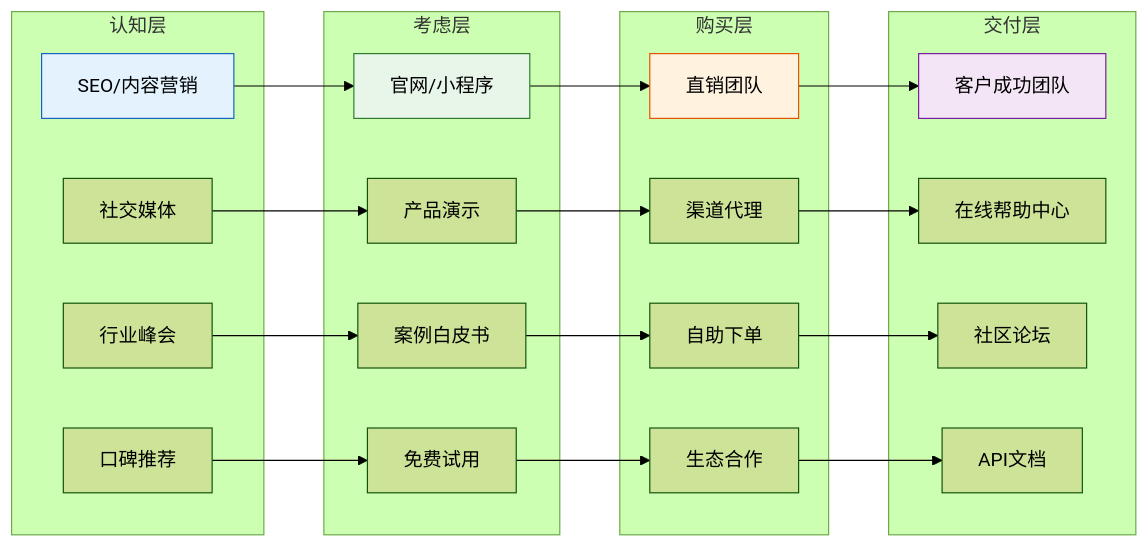
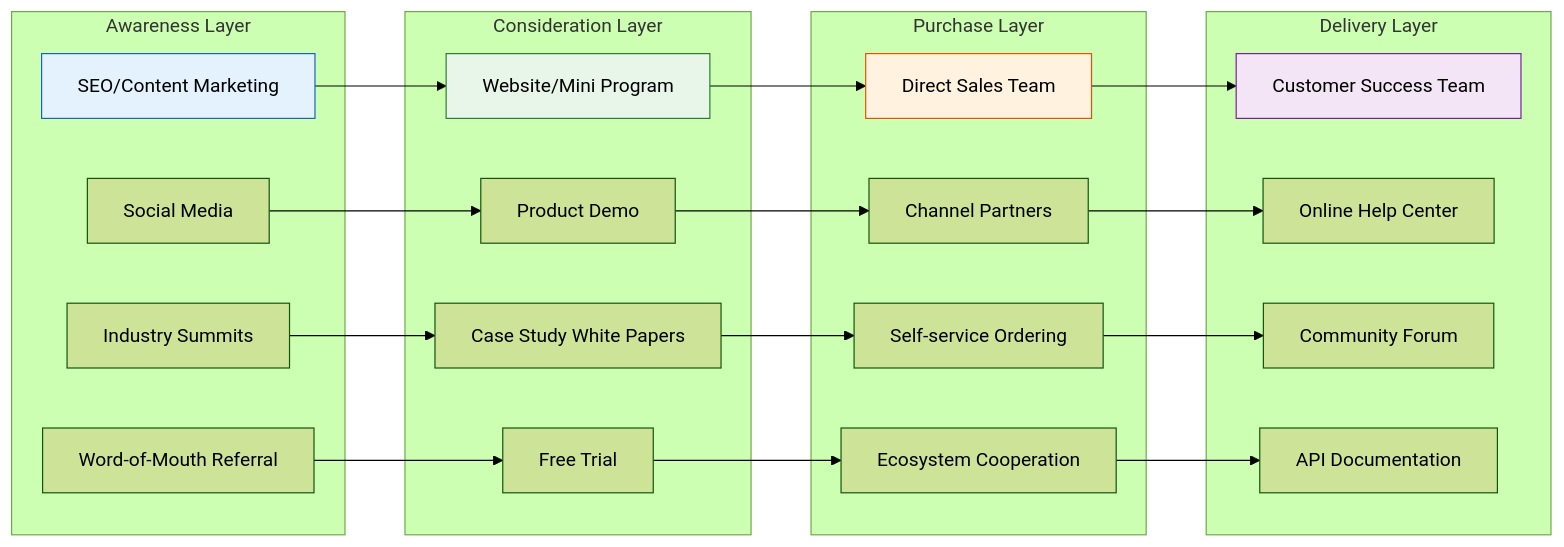
One commit to Kirky-X/cangjie changed the sixth of 15 diagrams in templates/【模板】商业模式文档.md. Above: the diagram before and after it, drawn with Mermaid (forest theme). The commit also changed other lines of this file and 12 other files, not shown here.

````diff
--- a/templates/【模板】商业模式文档.md
+++ b/templates/【模板】商业模式文档.md
@@ -213,48 +213,48 @@
 ```mermaid
 graph LR
-    subgraph 认知层
-        A1[SEO/内容营销]
-        A2[社交媒体]
-        A3[行业峰会]
-        A4[口碑推荐]
+    subgraph Awareness Layer
+        A1[SEO/Content Marketing]
+        A2[Social Media]
+        A3[Industry Summits]
+        A4[Word-of-Mouth Referral]
     end
 
-    subgraph 考虑层
-        B1[官网/小程序]
-        B2[产品演示]
-        B3[案例白皮书]
-        B4[免费试用]
+    subgraph Consideration Layer
+        B1[Website/Mini Program]
+        B2[Product Demo]
+        B3[Case Study White Papers]
+        B4[Free Trial]
     end
 
-    subgraph 购买层
-        C1[直销团队]
-        C2[渠道代理]
-        C3[自助下单]
-        C4[生态合作]
+    subgraph Purchase Layer
+        C1[Direct Sales Team]
+        C2[Channel Partners]
+        C3[Self-service Ordering]
+        C4[Ecosystem Cooperation]
     end
 
-    subgraph 交付层
-        D1[客户成功团队]
-        D2[在线帮助中心]
-        D3[社区论坛]
-        D4[API文档]
+    subgraph Delivery Layer
+        D1[Customer Success Team]
+        D2[Online Help Center]
+        D3[Community Forum]
+        D4[API Documentation]
     end
 
     A1 --> B1
     A2 --> B2
     A3 --> B3
     A4 --> B4
     B1 --> C1
     B2 --> C2
     B3 --> C3
     B4 --> C4
     C1 --> D1
     C2 --> D2
     C3 --> D3
     C4 --> D4
 
     style A1 fill:#e3f2fd,stroke:#1565c0
     style B1 fill:#e8f5e9,stroke:#2e7d32
     style C1 fill:#fff3e0,stroke:#e65100
     style D1 fill:#f3e5f5,stroke:#7b1fa2
 ```
````
